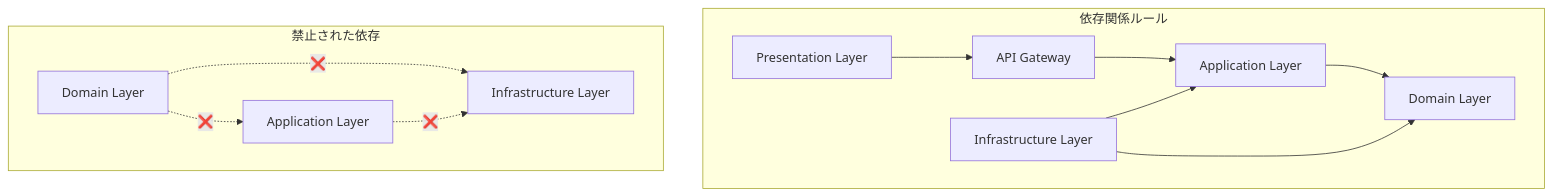
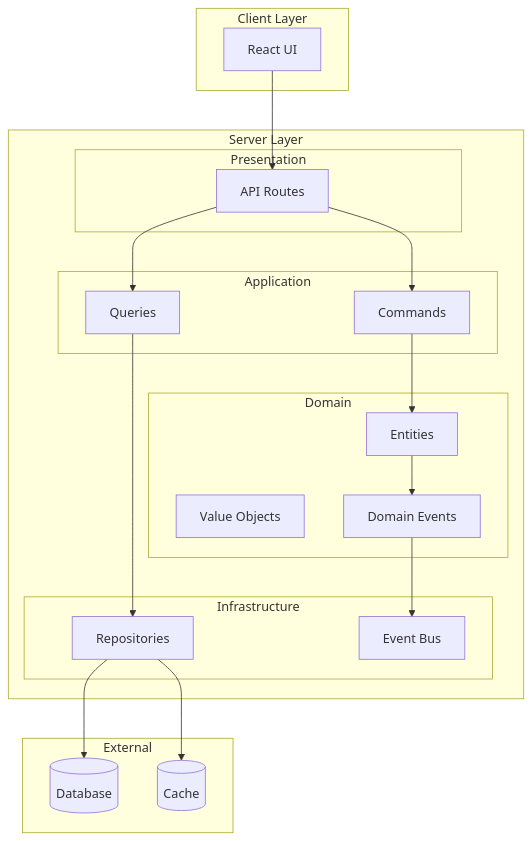
The diagram in docs/architecture/README.md (komei0727/all_in_one), drawn with Mermaid before and after one commit. The commit also changed other lines of this file and 3 other files, not shown here.

````diff
--- a/docs/architecture/README.md
+++ b/docs/architecture/README.md
@@ -87,26 +19,43 @@
 ```mermaid
-graph TB
-    subgraph "依存関係ルール"
-        CLIENT[Presentation Layer]
-        API[API Gateway]
-        APP[Application Layer]
-        DOMAIN[Domain Layer]
-        INFRA[Infrastructure Layer]
-
-        CLIENT --> API
-        API --> APP
-        APP --> DOMAIN
-        INFRA --> DOMAIN
-        INFRA --> APP
+flowchart TB
+    subgraph "Client Layer"
+        UI[React UI]
     end
-
-    subgraph "禁止された依存"
-        DOMAIN_BAD[Domain Layer]
-        APP_BAD[Application Layer]
-        INFRA_BAD[Infrastructure Layer]
-
-        DOMAIN_BAD -.->|❌| APP_BAD
-        DOMAIN_BAD -.->|❌| INFRA_BAD
-        APP_BAD -.->|❌| INFRA_BAD
+    
+    subgraph "Server Layer"
+        subgraph "Presentation"
+            API[API Routes]
+        end
+        
+        subgraph "Application"
+            CMD[Commands]
+            QRY[Queries]
+        end
+        
+        subgraph "Domain"
+            ENT[Entities]
+            VO[Value Objects]
+            EVT[Domain Events]
+        end
+        
+        subgraph "Infrastructure"
+            REPO[Repositories]
+            BUS[Event Bus]
+        end
     end
+    
+    subgraph "External"
+        DB[(Database)]
+        CACHE[(Cache)]
+    end
+    
+    UI --> API
+    API --> CMD
+    API --> QRY
+    CMD --> ENT
+    QRY --> REPO
+    ENT --> EVT
+    EVT --> BUS
+    REPO --> DB
+    REPO --> CACHE
 ```
````
